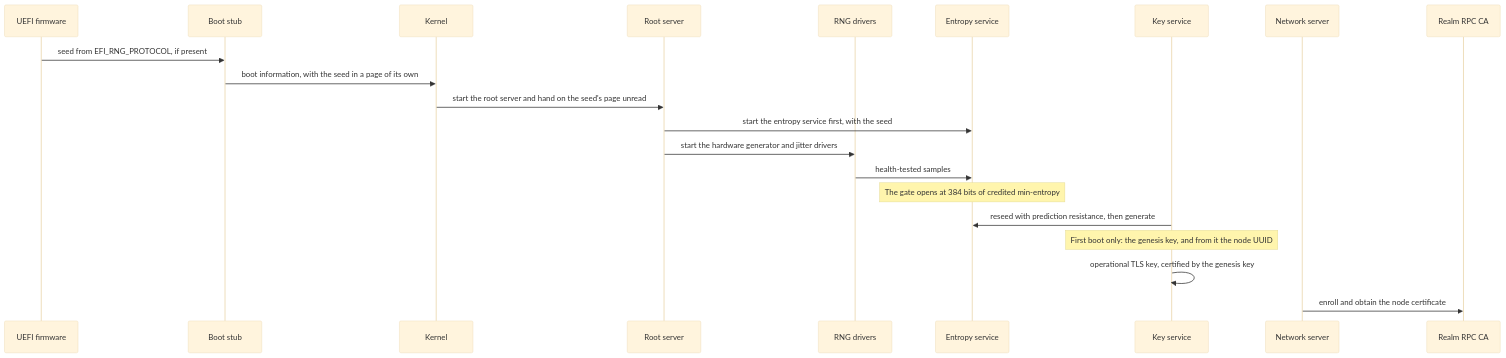
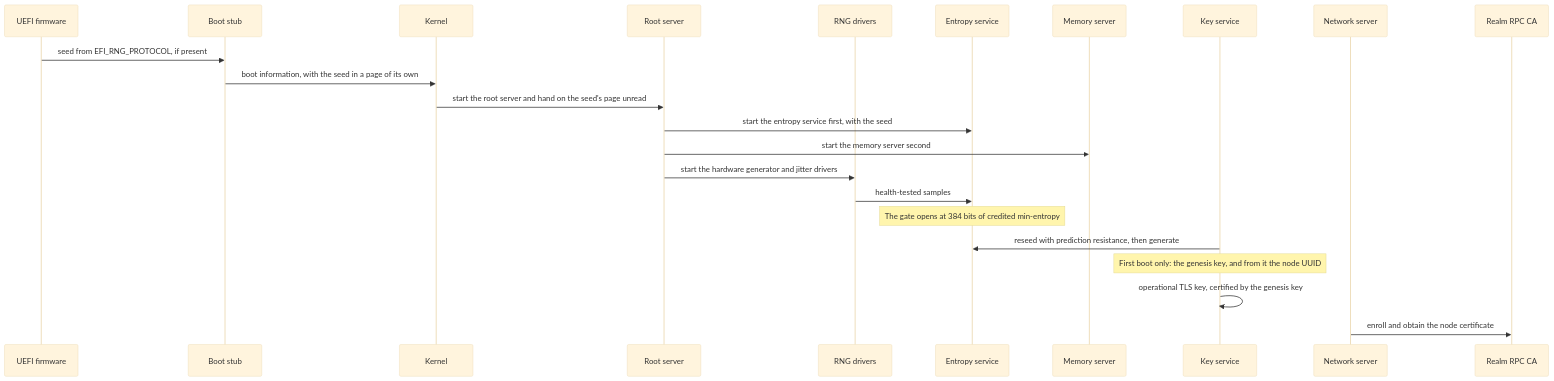
The diagram in docs/design/entropy-and-first-keys.md (nckroy/ASPIS), drawn with Mermaid (base theme) before and after one commit. The commit also changed 11 other files, not shown here.

First line of the commit message:
Settle the managers, the memory server's start and word waits' chunk

````diff
--- a/docs/design/entropy-and-first-keys.md
+++ b/docs/design/entropy-and-first-keys.md
@@ -61,23 +61,25 @@
 ```mermaid
 sequenceDiagram
     participant FW as UEFI firmware
     participant Stub as Boot stub
     participant K as Kernel
     participant RS as Root server
     participant HW as RNG drivers
     participant ES as Entropy service
+    participant MS as Memory server
     participant KS as Key service
     participant NS as Network server
     participant CA as Realm RPC CA
     FW->>Stub: seed from EFI_RNG_PROTOCOL, if present
     Stub->>K: boot information, with the seed in a page of its own
     K->>RS: start the root server and hand on the seed's page unread
     RS->>ES: start the entropy service first, with the seed
+    RS->>MS: start the memory server second
     RS->>HW: start the hardware generator and jitter drivers
     HW->>ES: health-tested samples
     Note over ES: The gate opens at 384 bits of credited min-entropy
     KS->>ES: reseed with prediction resistance, then generate
     Note over KS: First boot only: the genesis key, and from it the node UUID
     KS->>KS: operational TLS key, certified by the genesis key
     NS->>CA: enroll and obtain the node certificate
 ```
````
